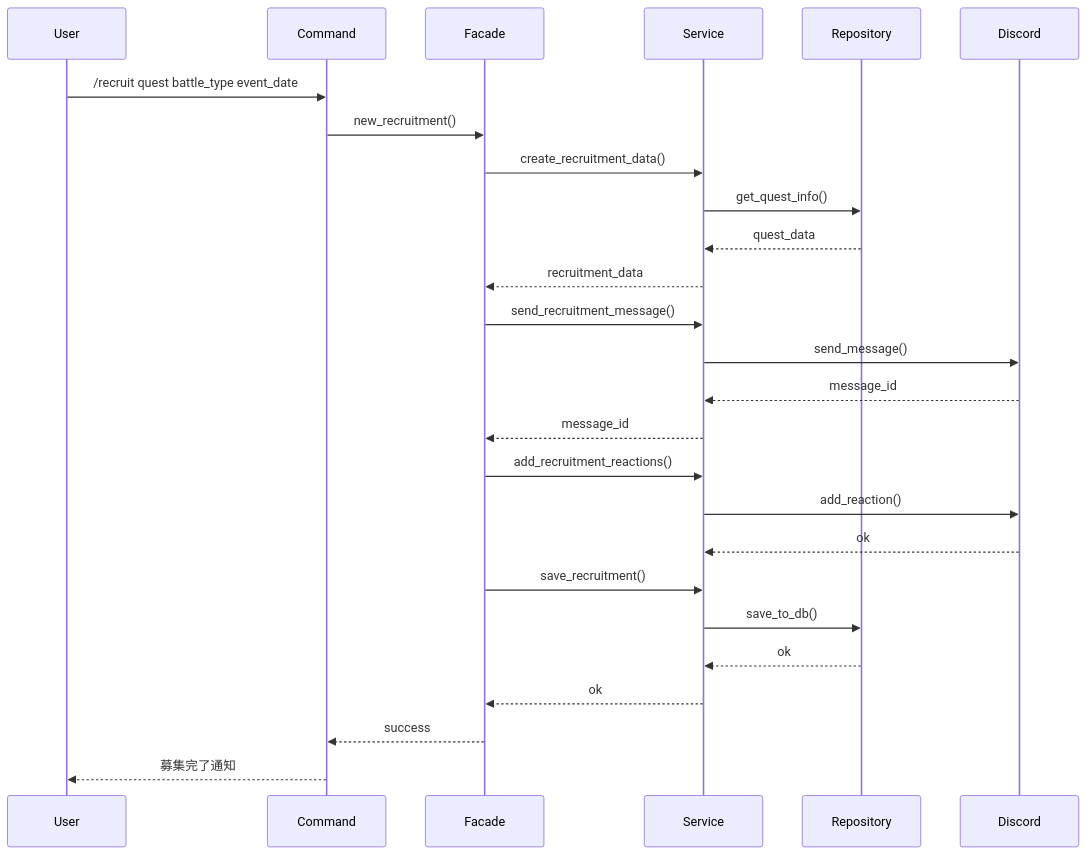
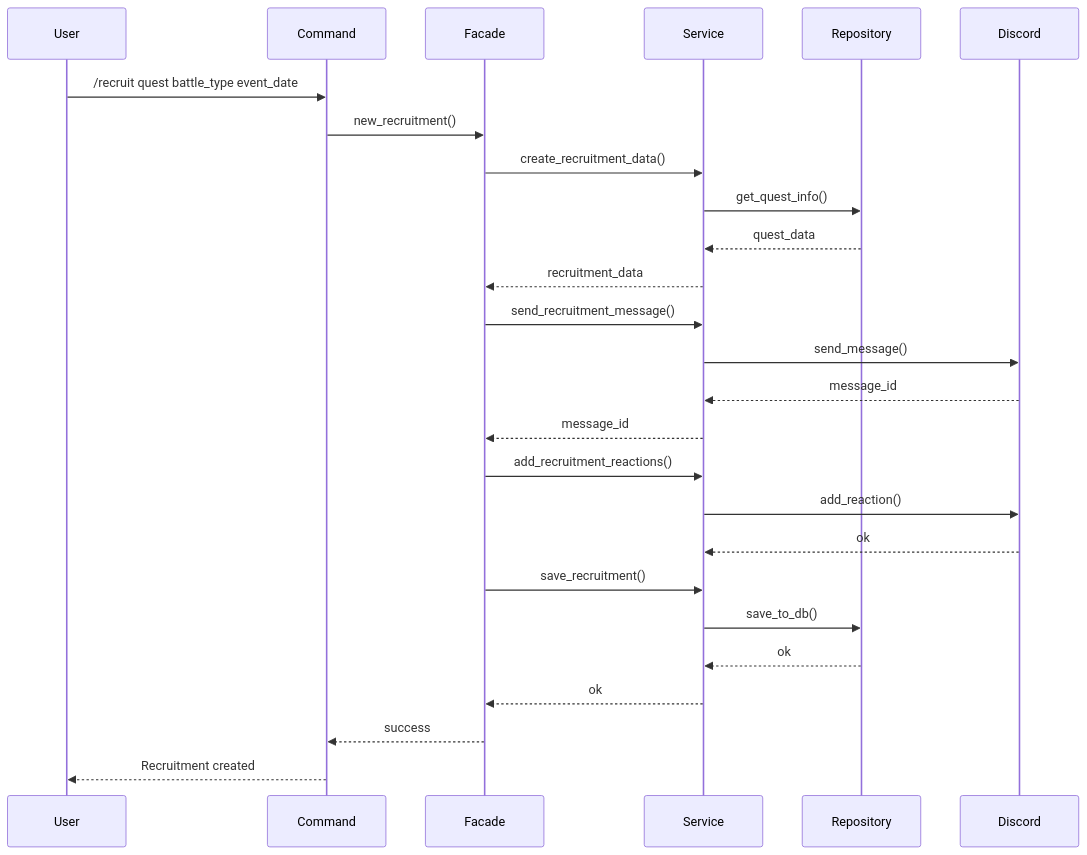
One commit to varubogu/gbf_discord_bot_rs changed the first of 3 diagrams in docs/en/開発者向け/06_機能仕様/マルチ募集.md. Above: the diagram before and after it, drawn with Mermaid. The commit also changed other lines of this file and 113 other files, not shown here.

````diff
--- a/docs/en/開発者向け/06_機能仕様/マルチ募集.md
+++ b/docs/en/開発者向け/06_機能仕様/マルチ募集.md
@@ -280,29 +281,29 @@
 ```mermaid
 sequenceDiagram
     participant U as User
     participant C as Command
     participant F as Facade
     participant S as Service
     participant R as Repository
     participant D as Discord
 
     U->>C: /recruit quest battle_type event_date
     C->>F: new_recruitment()
     F->>S: create_recruitment_data()
     S->>R: get_quest_info()
     R-->>S: quest_data
     S-->>F: recruitment_data
     F->>S: send_recruitment_message()
     S->>D: send_message()
     D-->>S: message_id
     S-->>F: message_id
     F->>S: add_recruitment_reactions()
     S->>D: add_reaction()
     D-->>S: ok
     F->>S: save_recruitment()
     S->>R: save_to_db()
     R-->>S: ok
     S-->>F: ok
     F-->>C: success
-    C-->>U: 募集完了通知
+    C-->>U: Recruitment created
 ```
````
